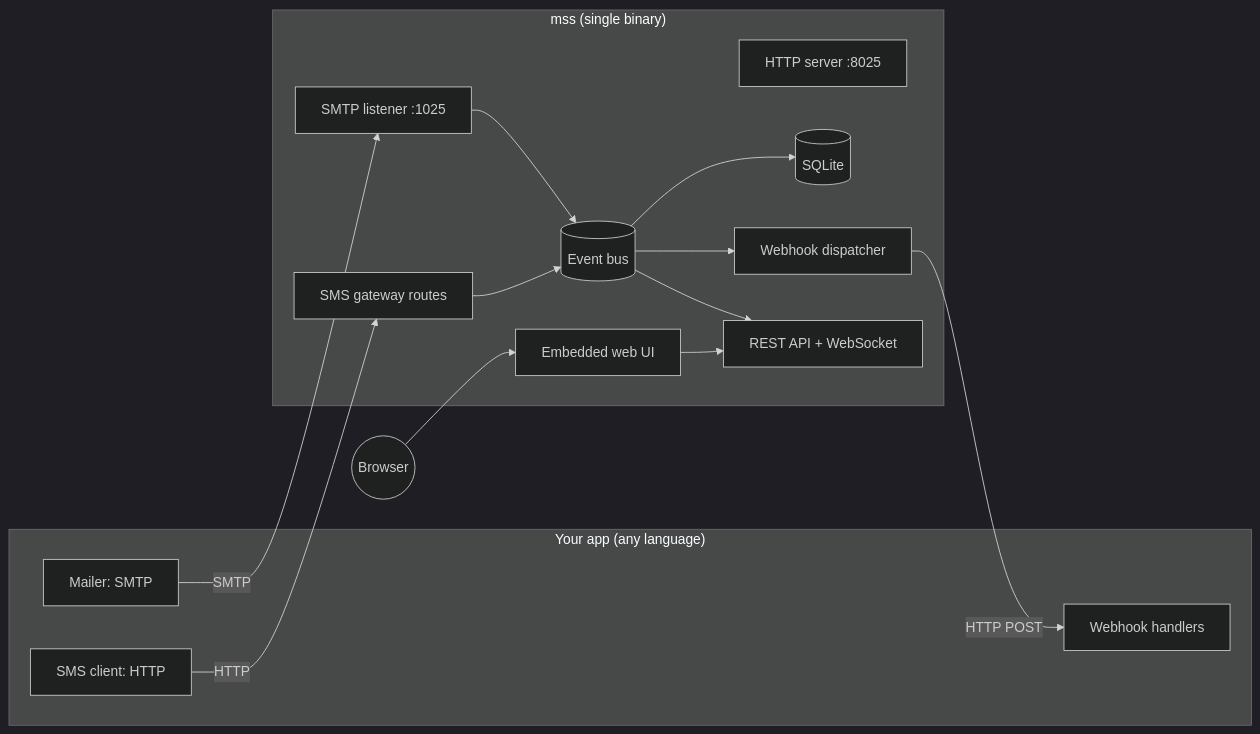
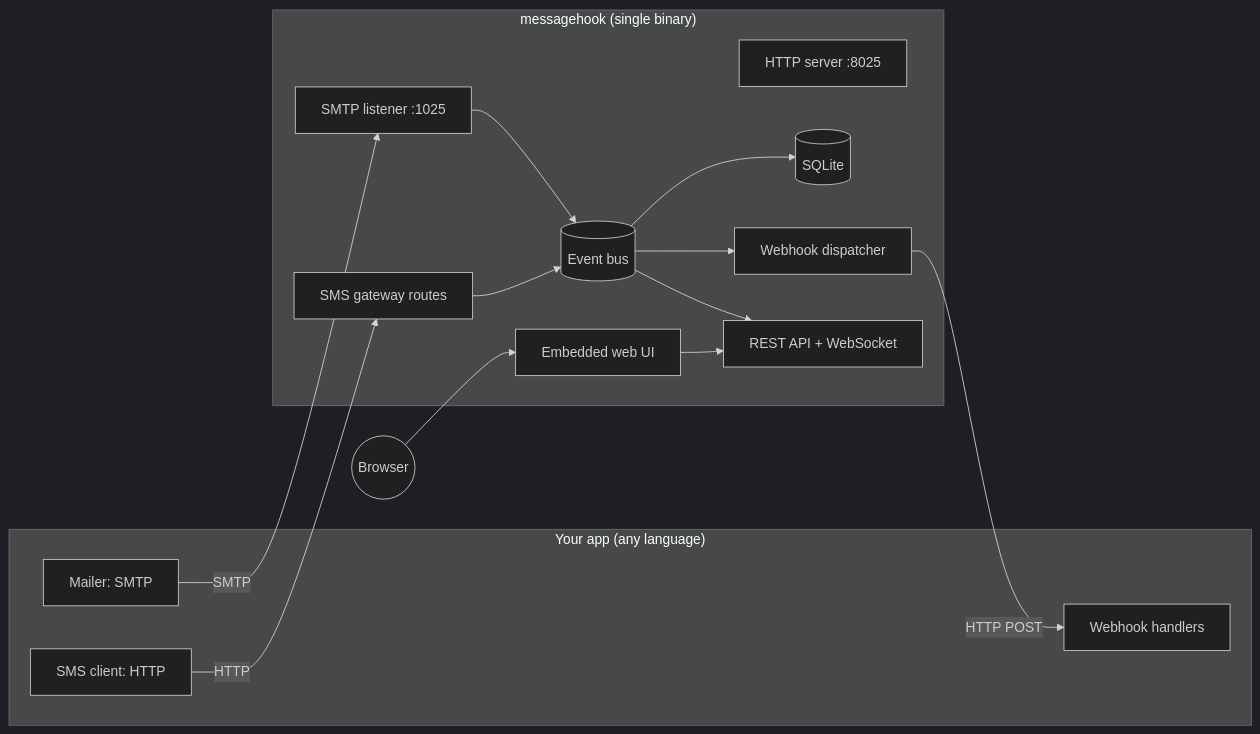
Before and after one commit to shibbirweb/sendmock: the diagram in docs/plan/02-architecture.md, drawn with Mermaid (dark theme). The commit also changed other lines of this file and 51 other files, not shown here.

````diff
--- a/docs/plan/02-architecture.md
+++ b/docs/plan/02-architecture.md
@@ -5,30 +5,30 @@
 ```mermaid
 flowchart LR
     subgraph YourApp["Your app (any language)"]
         A1[Mailer: SMTP]
         A2[SMS client: HTTP]
         A3[Webhook handlers]
     end
 
-    subgraph MSS["mss (single binary)"]
+    subgraph MSS["messagehook (single binary)"]
         SMTP[SMTP listener :1025]
         HTTP[HTTP server :8025]
         SMS[SMS gateway routes]
         API[REST API + WebSocket]
         UI[Embedded web UI]
         BUS[(Event bus)]
         WH[Webhook dispatcher]
         DB[(SQLite)]
     end
 
     A1 -- SMTP --> SMTP
     A2 -- HTTP --> SMS
     SMTP --> BUS
     SMS --> BUS
     BUS --> DB
     BUS --> WH
     BUS --> API
     WH -- HTTP POST --> A3
     Browser((Browser)) --> UI
     UI --> API
 ```
````
